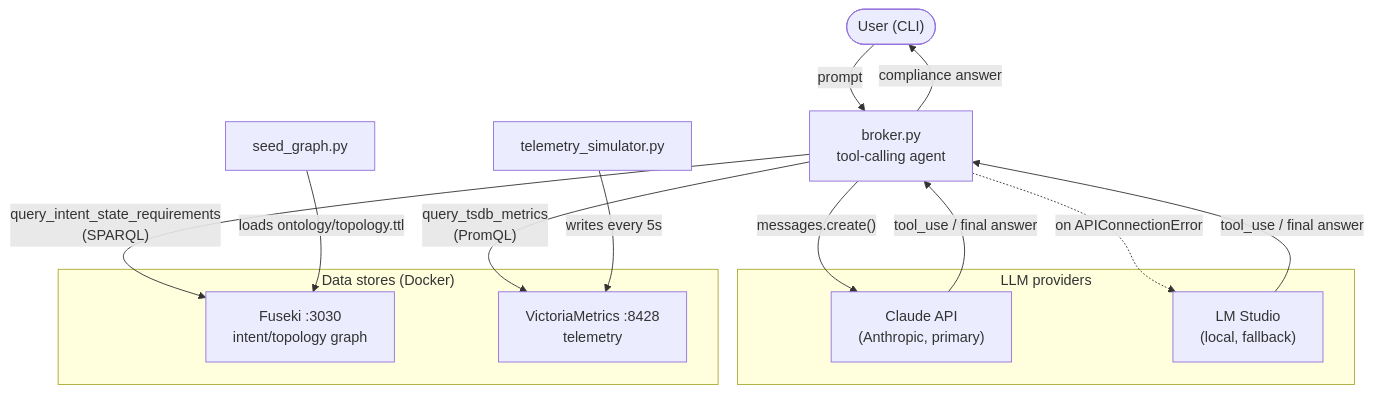
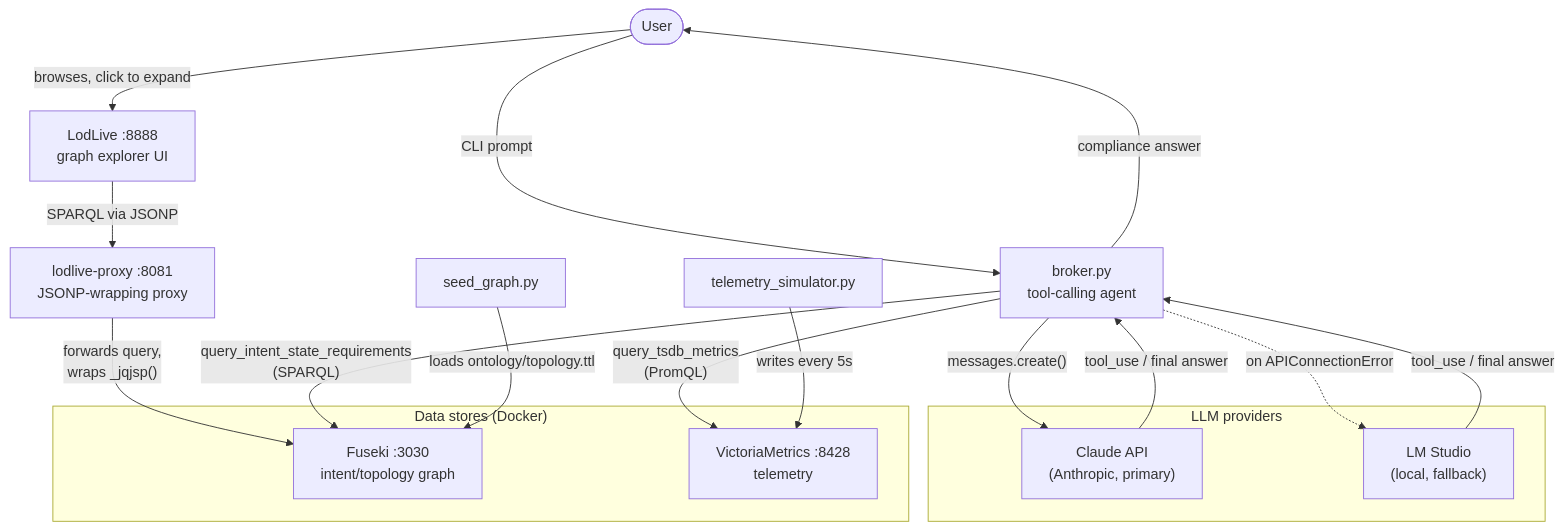
One commit to bradspau/contextbroker changed the diagram in README.md. Above: the diagram before and after it, drawn with Mermaid. The commit also changed other lines of this file and 4 other files, not shown here.

````diff
--- a/README.md
+++ b/README.md
@@ -10,26 +10,30 @@
 ```mermaid
 flowchart TB
-    User(["User (CLI)"]) -->|"prompt"| Broker["broker.py<br/>tool-calling agent"]
+    User(["User"]) -->|"CLI prompt"| Broker["broker.py<br/>tool-calling agent"]
     Broker -->|"compliance answer"| User
+    User -->|"browses, click to expand"| LodLive["LodLive :8888<br/>graph explorer UI"]
+
+    LodLive -->|"SPARQL via JSONP"| Proxy["lodlive-proxy :8081<br/>JSONP-wrapping proxy"]
+    Proxy -->|"forwards query,<br/>wraps _jqjsp()"| Fuseki
 
     subgraph LLM["LLM providers"]
         Claude["Claude API<br/>(Anthropic, primary)"]
         LMStudio["LM Studio<br/>(local, fallback)"]
     end
 
     Broker -->|"messages.create()"| Claude
     Broker -.->|"on APIConnectionError"| LMStudio
     Claude -->|"tool_use / final answer"| Broker
     LMStudio -->|"tool_use / final answer"| Broker
 
     subgraph Data["Data stores (Docker)"]
         Fuseki["Fuseki :3030<br/>intent/topology graph"]
         VM["VictoriaMetrics :8428<br/>telemetry"]
     end
 
     Broker -->|"query_intent_state_requirements<br/>(SPARQL)"| Fuseki
     Broker -->|"query_tsdb_metrics<br/>(PromQL)"| VM
 
     SeedGraph["seed_graph.py"] -->|"loads ontology/topology.ttl"| Fuseki
     TelemetrySim["telemetry_simulator.py"] -->|"writes every 5s"| VM
 ```
````
